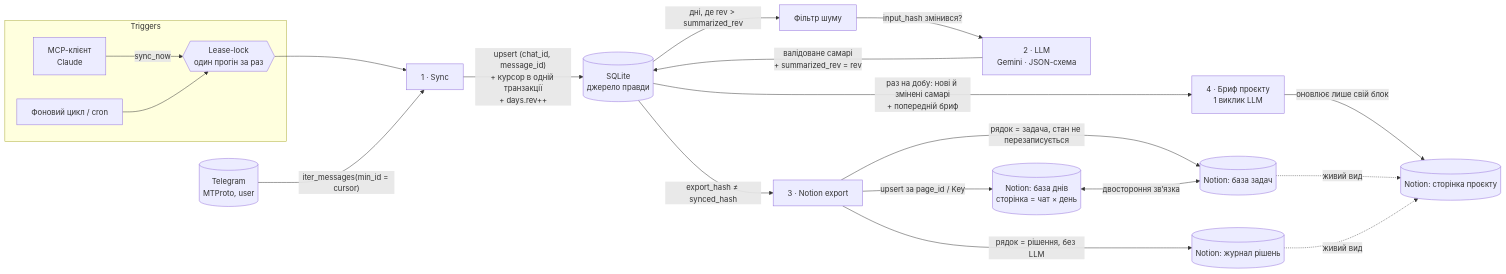
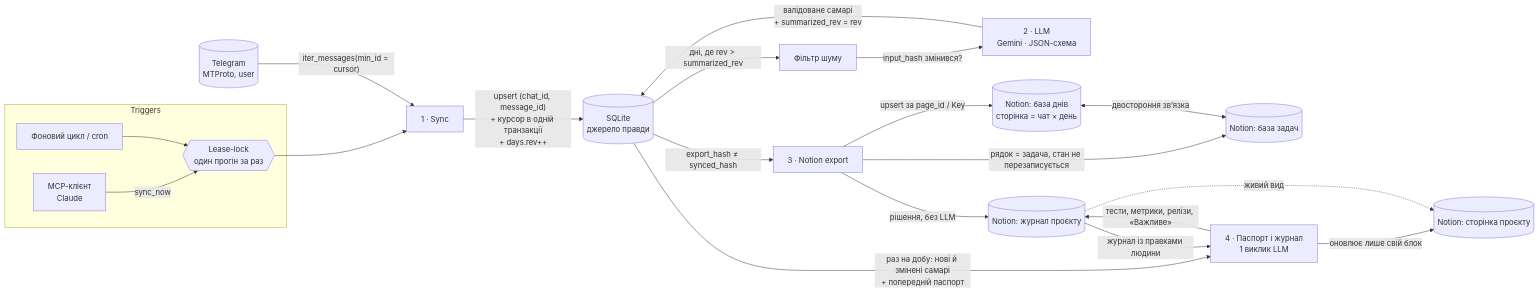
One commit to mitnikovaola-afk/telegram-mcp-connector changed the diagram in README.md. Above: the diagram before and after it, drawn with Mermaid. The commit also changed other lines of this file and 13 other files, not shown here.

````diff
--- a/README.md
+++ b/README.md
@@ -496,22 +500,23 @@
 ```mermaid
 flowchart LR
     subgraph Triggers
         C[MCP-клієнт<br/>Claude] -->|sync_now| P
         T[Фоновий цикл / cron] --> P
     end
     P{{Lease-lock<br/>один прогін за раз}} --> S
     TG[(Telegram<br/>MTProto, user)] -->|"iter_messages(min_id = cursor)"| S[1 · Sync]
     S -->|"upsert (chat_id, message_id)<br/>+ курсор в одній транзакції<br/>+ days.rev++"| DB[(SQLite<br/>джерело правди)]
     DB -->|"дні, де rev > summarized_rev"| F[Фільтр шуму]
     F -->|"input_hash змінився?"| L[2 · LLM<br/>Gemini · JSON-схема]
     L -->|"валідоване самарі<br/>+ summarized_rev = rev"| DB
     DB -->|"export_hash ≠ synced_hash"| N[3 · Notion export]
     N -->|"upsert за page_id / Key"| NO[(Notion: база днів<br/>сторінка = чат × день)]
     N -->|"рядок = задача, стан не перезаписується"| NT[(Notion: база задач)]
     NO <-->|"двостороння звʼязка"| NT
-    N -->|"рядок = рішення, без LLM"| ND[(Notion: журнал рішень)]
-    DB -->|"раз на добу: нові й змінені самарі<br/>+ попередній бриф"| B[4 · Бриф проєкту<br/>1 виклик LLM]
+    N -->|"рішення, без LLM"| ND[(Notion: журнал проєкту)]
+    DB -->|"раз на добу: нові й змінені самарі<br/>+ попередній паспорт"| B[4 · Паспорт і журнал<br/>1 виклик LLM]
+    ND -->|"журнал із правками людини"| B
+    B -->|"тести, метрики, релізи, «Важливе»"| ND
     B -->|"оновлює лише свій блок"| NP[(Notion: сторінка проєкту)]
-    NT -.->|"живий вид"| NP
     ND -.->|"живий вид"| NP
 ```
````
